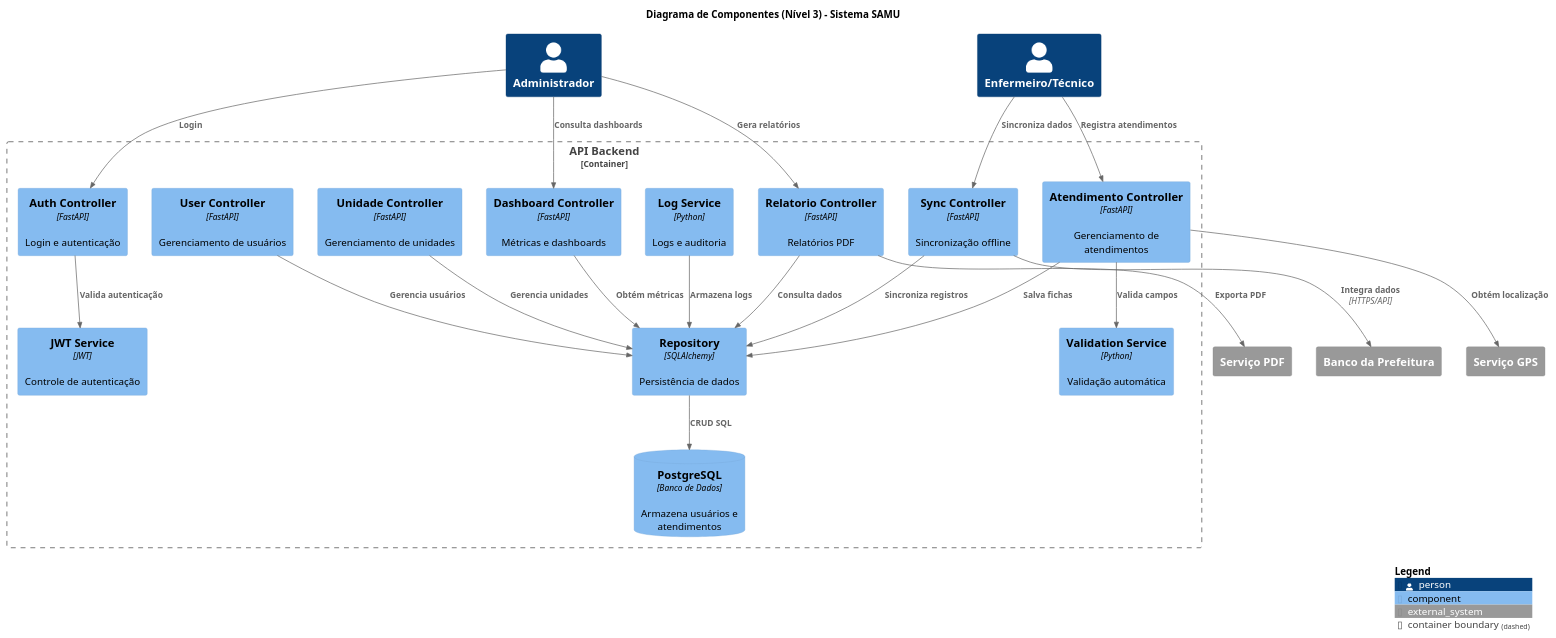
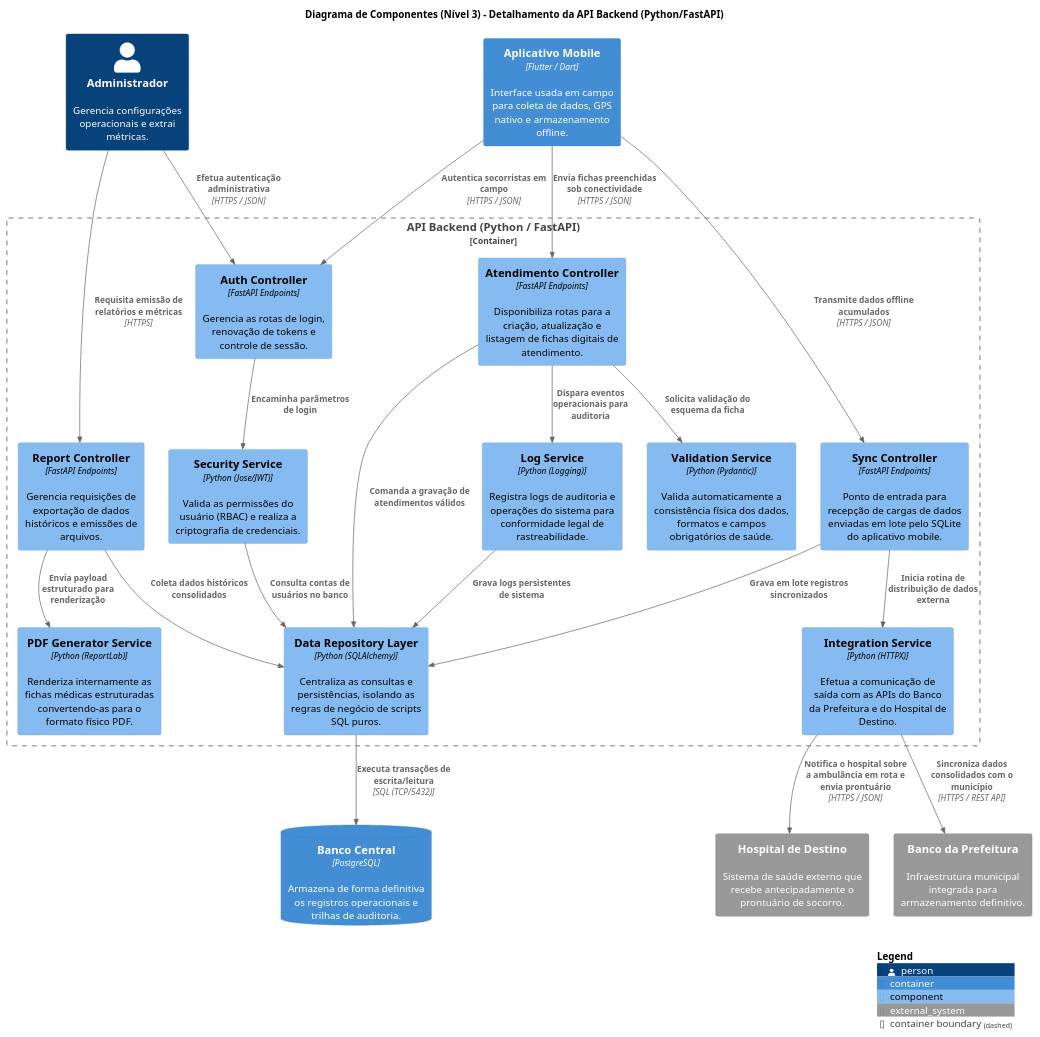
The diagram in ModeloC4/nivel4.puml (Madu3304/Software_brava), drawn with PlantUML before and after one commit. The commit also changed 3 other files, not shown here.

```diff
--- a/ModeloC4/nivel4.puml
+++ b/ModeloC4/nivel4.puml
@@ -1,82 +1,79 @@
-@startuml
+@startuml c4_nivel3_corrigido
 
 !include https://raw.githubusercontent.com/RicardoNiepel/C4-PlantUML/master/C4_Component.puml
 
-LAYOUT_WITH_LEGEND()
+title Diagrama de Componentes (Nível 3) - Detalhamento da API Backend (Python/FastAPI)
 
-title Diagrama de Componentes (Nível 3) - Sistema SAMU
+' ========================================================
+' Elementos Externos ao Container (Atores e Outros Containers)
+' ========================================================
+Person(admin, "Administrador", "Gerencia configurações operacionais e extrai métricas.")
+Container(app_mobile, "Aplicativo Mobile", "Flutter / Dart", "Interface usada em campo para coleta de dados, GPS nativo e armazenamento offline.")
 
-Person(admin, "Administrador")
-Person(enfermeiro, "Enfermeiro/Técnico")
+' Containers e Sistemas definidos nos Níveis 1 e 2
+ContainerDb(postgres, "Banco Central", "PostgreSQL", "Armazena de forma definitiva os registros operacionais e trilhas de auditoria.")
+System_Ext(prefeitura, "Banco da Prefeitura", "Infraestrutura municipal integrada para armazenamento definitivo.")
+System_Ext(hospital, "Hospital de Destino", "Sistema de saúde externo que recebe antecipadamente o prontuário de socorro.")
 
-System_Ext(prefeitura, "Banco da Prefeitura")
-System_Ext(gps, "Serviço GPS")
-System_Ext(pdf_service, "Serviço PDF")
+' ========================================================
+' Fronteira do Container em Destaque: API Backend
+' ========================================================
+Container_Boundary(api, "API Backend (Python / FastAPI)") {
 
-Container_Boundary(api, "API Backend") {
+    ' Sub-módulo: Autenticação e Segurança
+    Component(auth_controller, "Auth Controller", "FastAPI Endpoints", "Gerencia as rotas de login, renovação de tokens e controle de sessão.")
+    Component(security_service, "Security Service", "Python (Jose/JWT)", "Valida as permissões do usuário (RBAC) e realiza a criptografia de credenciais.")
 
-    Component(auth_controller, "Auth Controller", "FastAPI", "Login e autenticação")
+    ' Sub-módulo: Processamento de Atendimentos
+    Component(atendimento_controller, "Atendimento Controller", "FastAPI Endpoints", "Disponibiliza rotas para a criação, atualização e listagem de fichas digitais de atendimento.")
+    Component(validation_service, "Validation Service", "Python (Pydantic)", "Valida automaticamente a consistência física dos dados, formatos e campos obrigatórios de saúde.")
 
-    Component(user_controller, "User Controller", "FastAPI", "Gerenciamento de usuários")
+    ' Sub-módulo: Sincronização e Integrações Externas
+    Component(sync_controller, "Sync Controller", "FastAPI Endpoints", "Ponto de entrada para recepção de cargas de dados enviadas em lote pelo SQLite do aplicativo mobile.")
+    Component(integration_service, "Integration Service", "Python (HTTPX)", "Efetua a comunicação de saída com as APIs do Banco da Prefeitura e do Hospital de Destino.")
 
-    Component(atendimento_controller, "Atendimento Controller", "FastAPI", "Gerenciamento de atendimentos")
+    ' Sub-módulo: Relatórios, PDF e Auditoria
+    Component(relatorio_controller, "Report Controller", "FastAPI Endpoints", "Gerencia requisições de exportação de dados históricos e emissões de arquivos.")
+    Component(pdf_generator, "PDF Generator Service", "Python (ReportLab)", "Renderiza internamente as fichas médicas estruturadas convertendo-as para o formato físico PDF.")
+    Component(log_service, "Log Service", "Python (Logging)", "Registra logs de auditoria e operações do sistema para conformidade legal de rastreabilidade.")
 
-    Component(unidade_controller, "Unidade Controller", "FastAPI", "Gerenciamento de unidades")
-
-    Component(sync_controller, "Sync Controller", "FastAPI", "Sincronização offline")
-
-    Component(relatorio_controller, "Relatorio Controller", "FastAPI", "Relatórios PDF")
-
-    Component(dashboard_controller, "Dashboard Controller", "FastAPI", "Métricas e dashboards")
-
-    Component(validation_service, "Validation Service", "Python", "Validação automática")
-
-    Component(auth_service, "JWT Service", "JWT", "Controle de autenticação")
-
-    Component(log_service, "Log Service", "Python", "Logs e auditoria")
-
-    Component(repository, "Repository", "SQLAlchemy", "Persistência de dados")
-
-    ComponentDb(db_postgres, "PostgreSQL", "Banco de Dados", "Armazena usuários e atendimentos")
-
+    ' Camada Compartilhada de Dados
+    Component(repository, "Data Repository Layer", "Python (SQLAlchemy)", "Centraliza as consultas e persistências, isolando as regras de negócio de scripts SQL puros.")
 }
 
-Rel(admin, auth_controller, "Login")
+' ========================================================
+' Relacionamentos / Fluxos de Informação
+' ========================================================
 
-Rel(admin, dashboard_controller, "Consulta dashboards")
+' Interações das Portas de Entrada (Atores e App Mobile)
+Rel(admin, auth_controller, "Efetua autenticação administrativa", "HTTPS / JSON")
+Rel(admin, relatorio_controller, "Requisita emissão de relatórios e métricas", "HTTPS")
 
-Rel(admin, relatorio_controller, "Gera relatórios")
+Rel(app_mobile, auth_controller, "Autentica socorristas em campo", "HTTPS / JSON")
+Rel(app_mobile, atendimento_controller, "Envia fichas preenchidas sob conectividade", "HTTPS / JSON")
+Rel(app_mobile, sync_controller, "Transmite dados offline acumulados", "HTTPS / JSON")
 
-Rel(enfermeiro, atendimento_controller, "Registra atendimentos")
+' Comunicação Interna de Negócio e Segurança
+Rel(auth_controller, security_service, "Encaminha parâmetros de login")
+Rel(security_service, repository, "Consulta contas de usuários no banco")
 
-Rel(enfermeiro, sync_controller, "Sincroniza dados")
+Rel(atendimento_controller, validation_service, "Solicita validação do esquema da ficha")
+Rel(atendimento_controller, repository, "Comanda a gravação de atendimentos válidos")
+Rel(atendimento_controller, log_service, "Dispara eventos operacionais para auditoria")
 
-Rel(auth_controller, auth_service, "Valida autenticação")
+' Fluxos Internos de Sincronização e Disparo para Sistemas Externos
+Rel(sync_controller, repository, "Grava em lote registros sincronizados")
+Rel(sync_controller, integration_service, "Inicia rotina de distribuição de dados externa")
+Rel(integration_service, prefeitura, "Sincroniza dados consolidados com o município", "HTTPS / REST API")
+Rel(integration_service, hospital, "Notifica o hospital sobre a ambulância em rota e envia prontuário", "HTTPS / JSON")
 
-Rel(user_controller, repository, "Gerencia usuários")
+' Fluxos Internos de Relatórios
+Rel(relatorio_controller, repository, "Coleta dados históricos consolidados")
+Rel(relatorio_controller, pdf_generator, "Envia payload estruturado para renderização")
 
-Rel(atendimento_controller, validation_service, "Valida campos")
-
-Rel(atendimento_controller, repository, "Salva fichas")
-
-Rel(unidade_controller, repository, "Gerencia unidades")
-
-Rel(sync_controller, repository, "Sincroniza registros")
-
-Rel(sync_controller, prefeitura, "Integra dados", "HTTPS/API")
-
-Rel(relatorio_controller, repository, "Consulta dados")
-
-Rel(dashboard_controller, repository, "Obtém métricas")
-
-Rel(log_service, repository, "Armazena logs")
-
-Rel(repository, db_postgres, "CRUD SQL")
-
-Rel(atendimento_controller, gps, "Obtém localização")
-
-Rel(relatorio_controller, pdf_service, "Exporta PDF")
+' Saída Unificada para o Container de Persistência (PostgreSQL está FORA da API)
+Rel(repository, postgres, "Executa transações de escrita/leitura", "SQL (TCP/5432)")
+Rel(log_service, repository, "Grava logs persistentes de sistema")
 
 SHOW_LEGEND()
-
 @enduml
```
